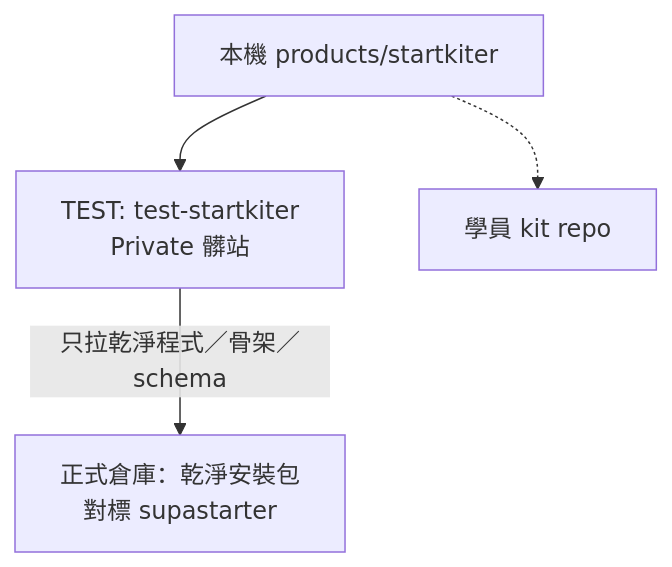
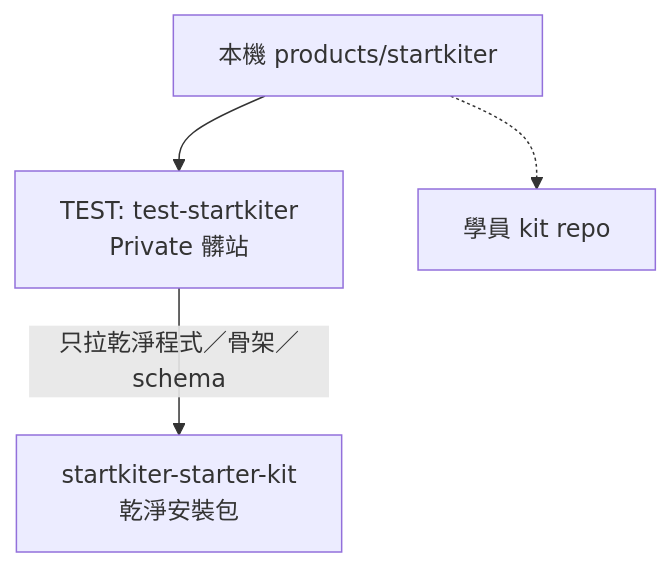
One commit to fishtvlvoe/startkiter changed the diagram in docs/deploy-and-public-url.md. Above: the diagram before and after it, drawn with Mermaid. The commit also changed other lines of this file and 8 other files, not shown here.

````diff
--- a/docs/deploy-and-public-url.md
+++ b/docs/deploy-and-public-url.md
@@ -56,11 +56,11 @@
 ```mermaid
 flowchart TD
   local["本機 products/startkiter"]
   testRepo["TEST: test-startkiter<br/>Private 髒站"]
-  cleanRepo["正式倉庫：乾淨安裝包<br/>對標 supastarter"]
+  cleanRepo["startkiter-starter-kit<br/>乾淨安裝包"]
   kit["學員 kit repo"]
 
   local --> testRepo
   testRepo -->|"只拉乾淨程式／骨架／schema"| cleanRepo
   local -.-> kit
 ```
````
